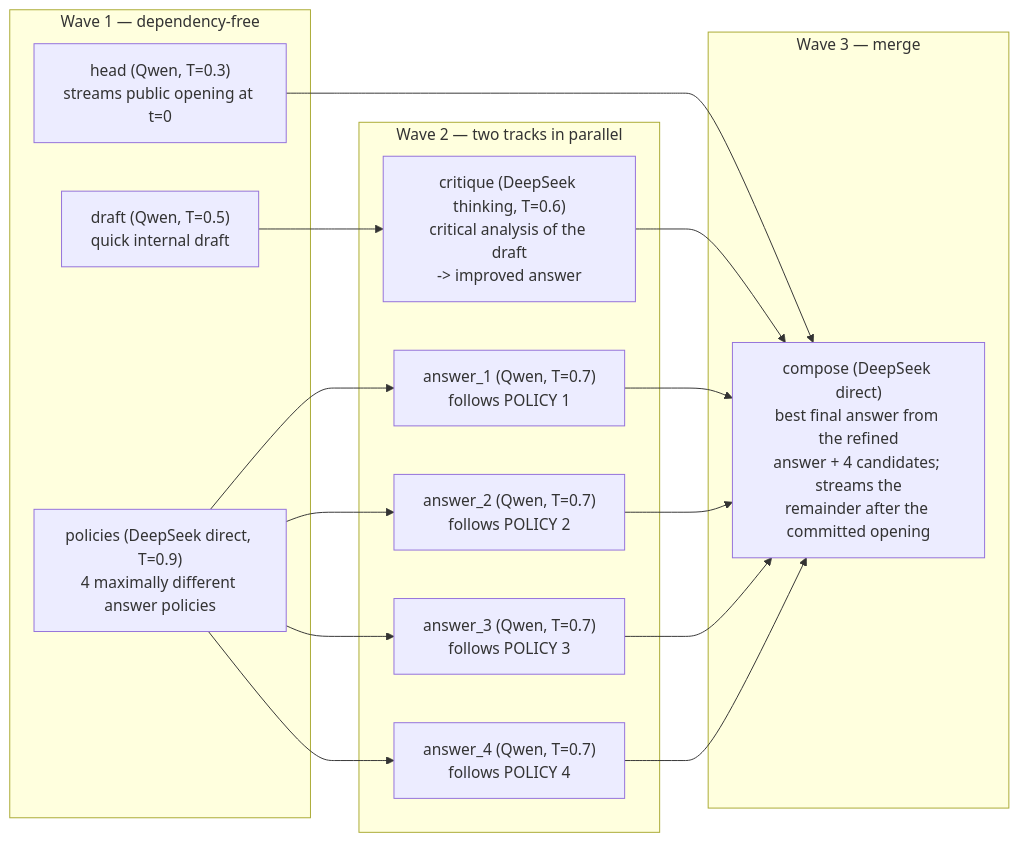
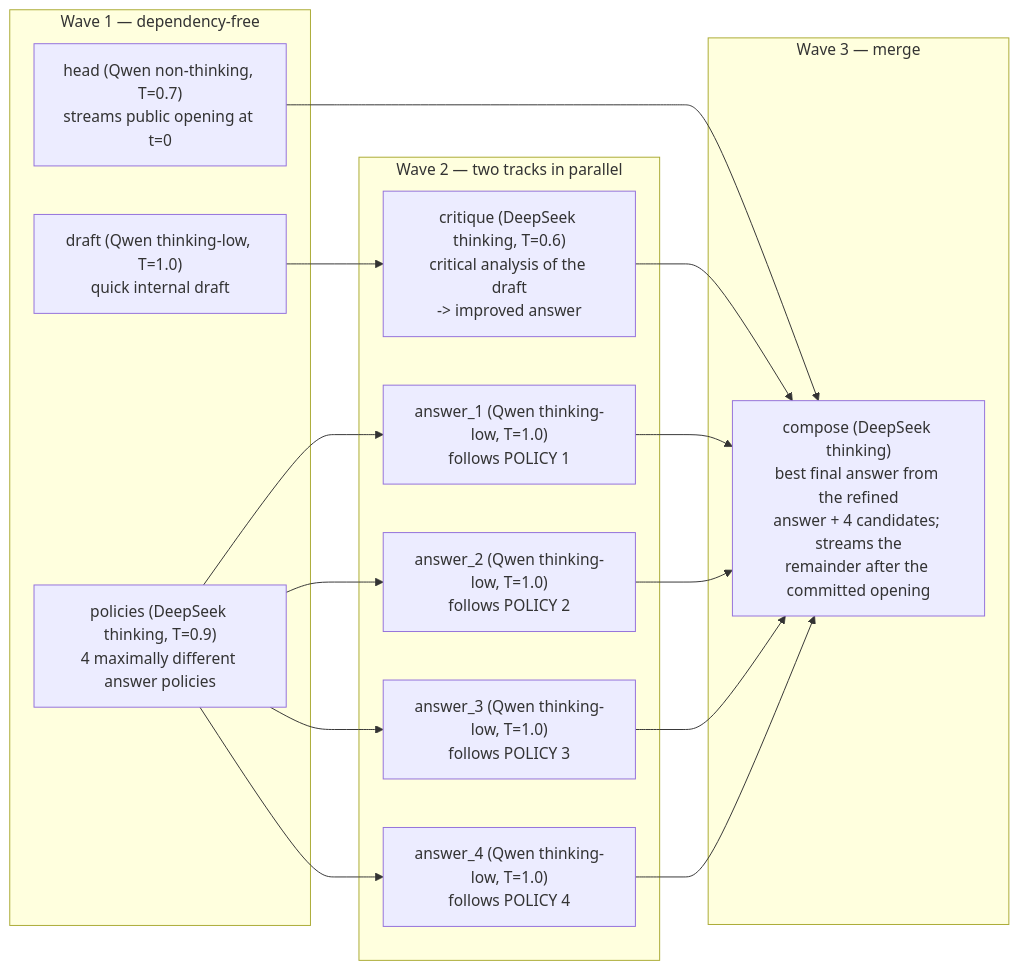
Before and after one commit to ytworks/kairyu: the diagram in examples/qwen3.8-deepseek-v4-8gpu/README.md, drawn with Mermaid. The commit also changed other lines of this file and 7 other files, not shown here.

First line of the commit message:
DTO-D7: every DeepSeek v4 flash role runs in thinking mode

````diff
--- a/examples/qwen3.8-deepseek-v4-8gpu/README.md
+++ b/examples/qwen3.8-deepseek-v4-8gpu/README.md
@@ -36,29 +36,29 @@
 ```mermaid
 flowchart LR
     subgraph W1["Wave 1 — dependency-free"]
-        H["head (Qwen, T=0.3)<br/>streams public opening at t=0"]
-        DR["draft (Qwen, T=0.5)<br/>quick internal draft"]
-        PO["policies (DeepSeek direct, T=0.9)<br/>4 maximally different answer policies"]
+        H["head (Qwen non-thinking, T=0.7)<br/>streams public opening at t=0"]
+        DR["draft (Qwen thinking-low, T=1.0)<br/>quick internal draft"]
+        PO["policies (DeepSeek thinking, T=0.9)<br/>4 maximally different answer policies"]
     end
     subgraph W2["Wave 2 — two tracks in parallel"]
-        A1["answer_1 (Qwen, T=0.7)<br/>follows POLICY 1"]
-        A2["answer_2 (Qwen, T=0.7)<br/>follows POLICY 2"]
-        A3["answer_3 (Qwen, T=0.7)<br/>follows POLICY 3"]
-        A4["answer_4 (Qwen, T=0.7)<br/>follows POLICY 4"]
+        A1["answer_1 (Qwen thinking-low, T=1.0)<br/>follows POLICY 1"]
+        A2["answer_2 (Qwen thinking-low, T=1.0)<br/>follows POLICY 2"]
+        A3["answer_3 (Qwen thinking-low, T=1.0)<br/>follows POLICY 3"]
+        A4["answer_4 (Qwen thinking-low, T=1.0)<br/>follows POLICY 4"]
         CR["critique (DeepSeek thinking, T=0.6)<br/>critical analysis of the draft<br/>-> improved answer"]
     end
     subgraph W3["Wave 3 — merge"]
-        CO["compose (DeepSeek direct)<br/>best final answer from the refined<br/>answer + 4 candidates; streams the<br/>remainder after the committed opening"]
+        CO["compose (DeepSeek thinking)<br/>best final answer from the refined<br/>answer + 4 candidates; streams the<br/>remainder after the committed opening"]
     end
     PO --> A1
     PO --> A2
     PO --> A3
     PO --> A4
     DR --> CR
     H --> CO
     CR --> CO
     A1 --> CO
     A2 --> CO
     A3 --> CO
     A4 --> CO
 ```
````
